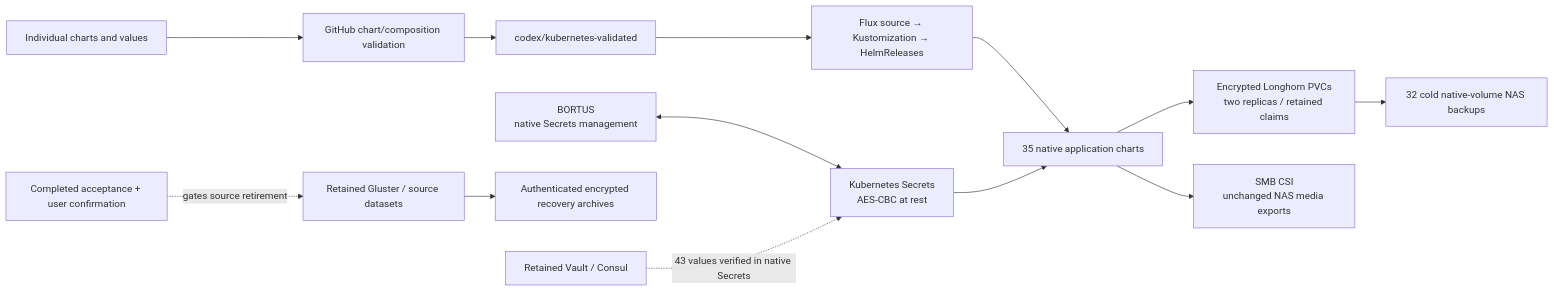
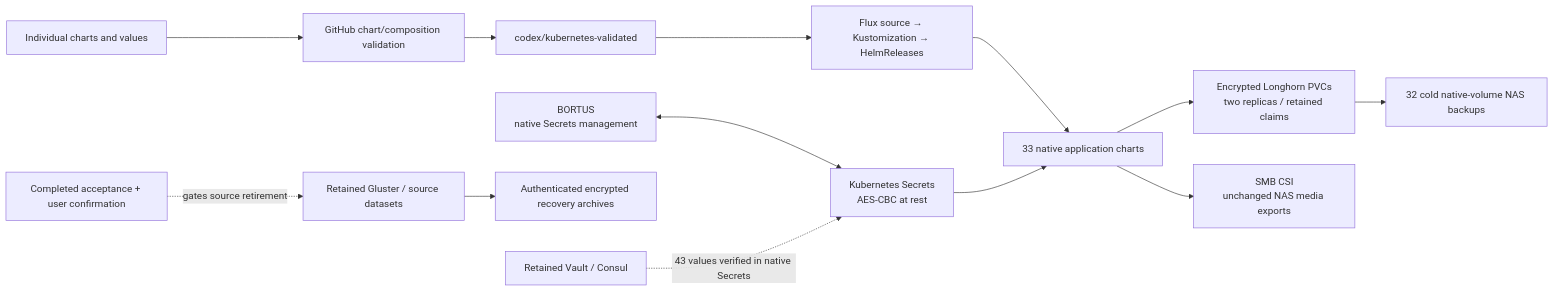
The fourth of 4 diagrams in PLAN.md (jtmb/branconet-homelab), drawn with Mermaid before and after one commit. The commit also changed other lines of this file and 20 other files, not shown here.

````diff
--- a/PLAN.md
+++ b/PLAN.md
@@ -235,14 +235,14 @@
 ```mermaid
 flowchart LR
     Repo["Individual charts and values"] --> CI["GitHub chart/composition validation"]
     CI --> Branch["codex/kubernetes-validated"] --> Flux["Flux source → Kustomization → HelmReleases"]
-    Flux --> Apps["35 native application charts"]
+    Flux --> Apps["33 native application charts"]
     Native["Kubernetes Secrets<br/>AES-CBC at rest"] --> Apps
     Bortus["BORTUS<br/>native Secrets management"] <--> Native
     Apps --> State["Encrypted Longhorn PVCs<br/>two replicas / retained claims"]
     Apps --> Media["SMB CSI<br/>unchanged NAS media exports"]
     State --> NAS["32 cold native-volume NAS backups"]
     Old["Retained Gluster / source datasets"] --> Archive["Authenticated encrypted recovery archives"]
     Vault["Retained Vault / Consul"] -. "43 values verified in native Secrets" .-> Native
     Approval["Completed acceptance + user confirmation"] -. "gates source retirement" .-> Old
 ```
````
